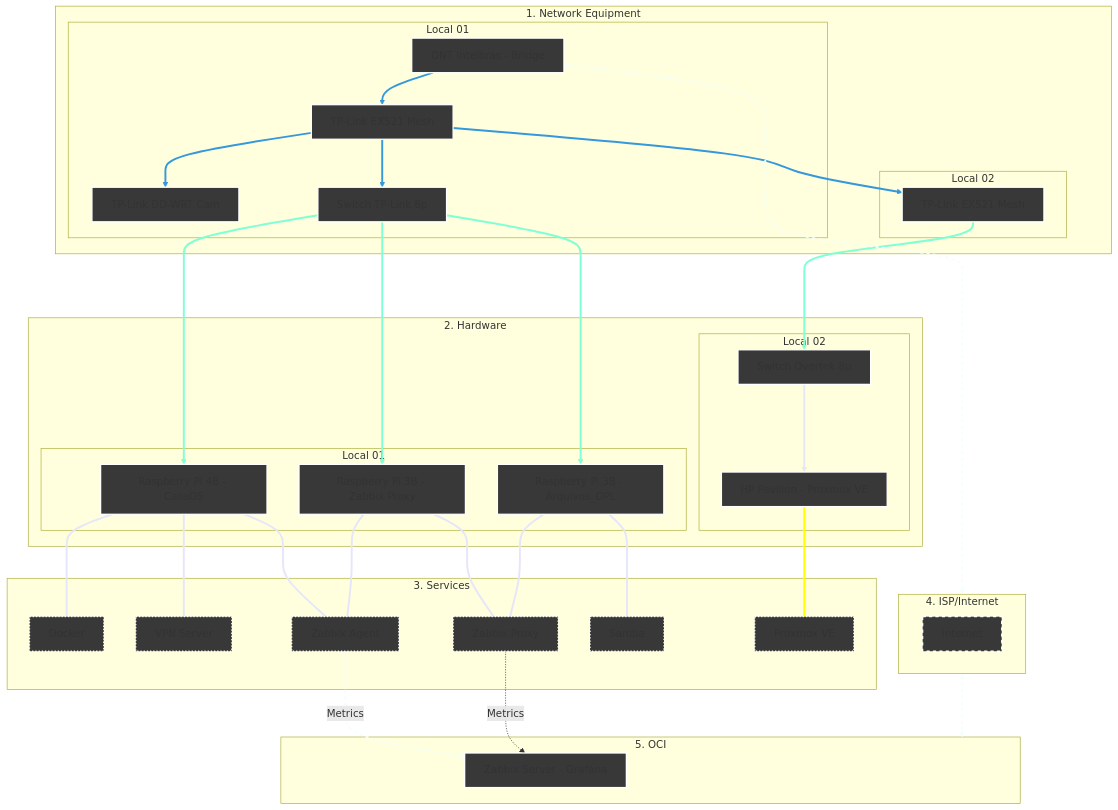
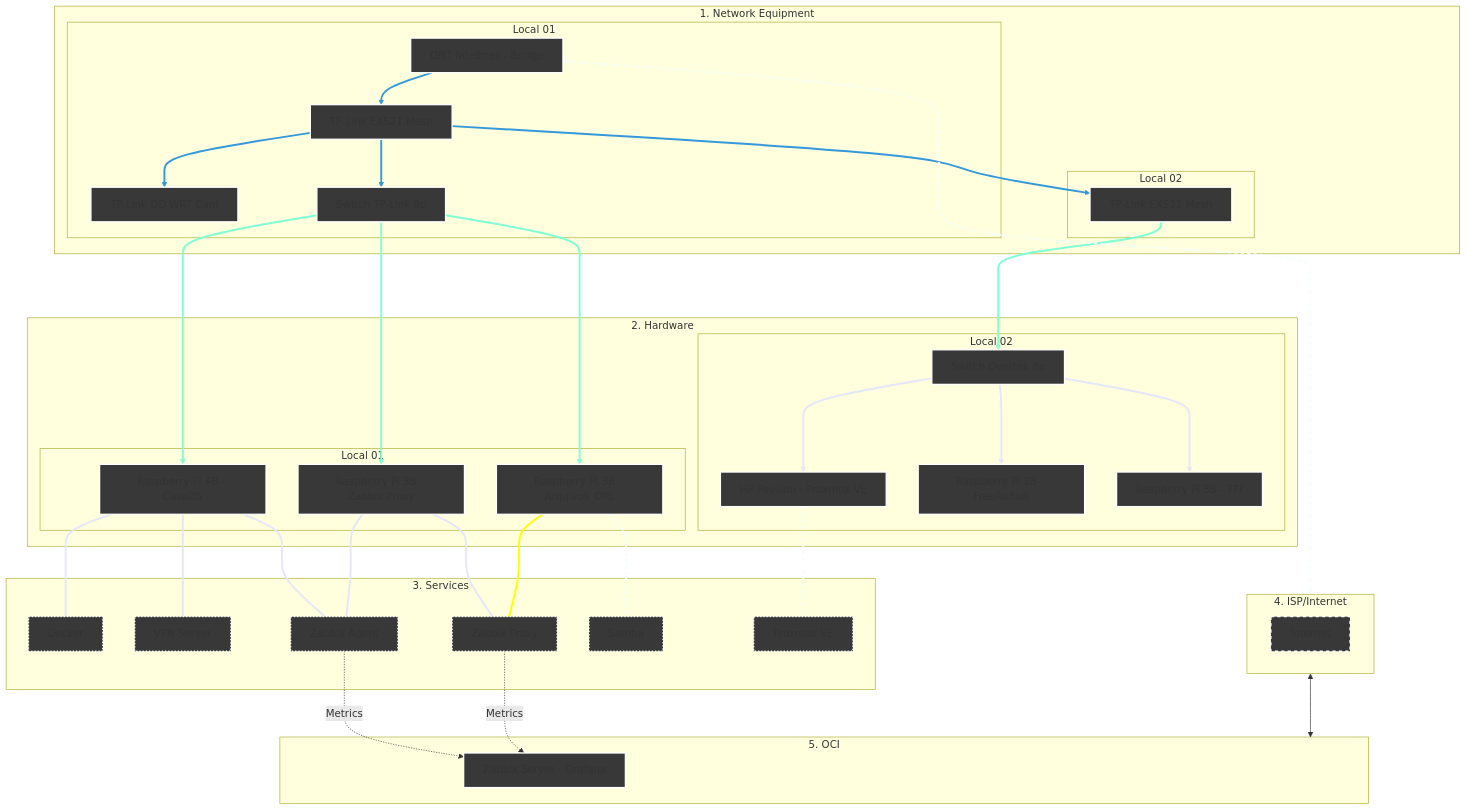
One commit to kevindexter22/Dr-Hardware-Autonet changed the diagram in Infrastructure/README.md. Above: the diagram before and after it, drawn with Mermaid.

````diff
--- a/Infrastructure/README.md
+++ b/Infrastructure/README.md
@@ -13,73 +13,75 @@
 ```mermaid
 graph TD
     %% Styles
     classDef network fill:#383838,stroke:#FFFFFF,stroke-width:2px;
     classDef hardware fill:#383838,stroke:#FFFFFF,stroke-width:2px;
     classDef internet fill:#383838,stroke:#FFFFFF,stroke-width:2px,stroke-dasharray: 5 5;
     classDef services fill:#383838,stroke:#FFFFFF,stroke-width:2px, stroke-dasharray: 2 3;
     classDef oci fill:#383838,stroke:#FFFFFF,stroke-width:2px;
 
     %% 1. NETWORK EQUIPMENT
     subgraph Principal["1. Network Equipment"]
     subgraph S1 [Local 01]
         ONT[ONT Intelbras - Bridge]:::network --> R_Mesh1[TP-Link EX521 Mesh]:::network
         R_Mesh1 --> R_Cams[TP-Link DD-WRT Cam]:::network 
         R_Mesh1 --> SW1[Switch TP-Link 8p]:::network  
     end
     subgraph S2 [Local 02]
         R_Mesh1 --> R_Mesh2[TP-Link EX521 Mesh]:::network
     end
     end
     
     %% 2. HARDWARE
     subgraph Principal02["2. Hardware"]
     subgraph S3 [Local 01]
         SW1 ---> RPi3B_1[Raspberry Pi 3B - Arquivos_OPL]:::hardware
         SW1 ---> RPi4B[Raspberry Pi 4B - CasaOS]:::hardware
         SW1 ---> RPi3B_2[Raspberry Pi 3B - Zabbix Proxy]:::hardware
     end
     subgraph S4 [Local 02]
         R_Mesh2 ---> SW2[Switch Overtek 8p]:::network
         SW2 ---> HP[HP Pavilion - Proxmox VE]:::hardware
+        SW2 ---> RPi3B_3[Raspberry Pi 3B - FreeRadius]:::hardware
+        SW2 ---> RPi3B_4[Raspberry Pi 3B - ???]:::hardware
     end
     end
 
     %% 3. SERVICES     
     subgraph S5 [3. Services];
         RPi4B --- Docker[Docker]:::services
         RPi4B --- VPN[VPN Server]:::services
         RPi4B --- ZA[Zabbix Agent]:::services
         RPi3B_2 --- ZA[Zabbix Agent]:::services
         RPi3B_2 --- ZP[Zabbix Proxy]:::services
         RPi3B_1 --- ZP[Zabbix Proxy]:::services
         RPi3B_1 --- SMB1[Samba]:::services
         HP --- PVE[Proxmox VE]:::services        
     end
 
     %% 4. Internet (The Bridge)
     subgraph S6 [4. ISP/Internet]
            internet[Internet]:::internet
     end
 
     %% 5. Oracle Cloud Infrastructure
     subgraph S7 [5. OCI]
         ZS[Zabbix Server - Grafana]:::oci
     end
 
     %% Conections of data flow
     ONT <--> S6
     S6 <--> S7
     
     %% Logical conections
     ZA -.-> |Metrics| ZS
     ZP -.-> |Metrics| ZS 
 
     %% --- Set collor on conections ---
     
     linkStyle 0,1,2,3 stroke:#3498db,stroke-width:3px;
     linkStyle 4,5,6,7 stroke:#7FFFD4,stroke-width:3px;
     linkStyle 8,9,10,11,12,13,14,15 stroke:#E6E6FA,stroke-width:3px;
     linkStyle 16 stroke:#FFFF00,stroke-width:3px;
     linkStyle 17,18,19 stroke:#F5FFFA,stroke-width:3px,stroke-dasharray: 5 5;
 
 ```
````
